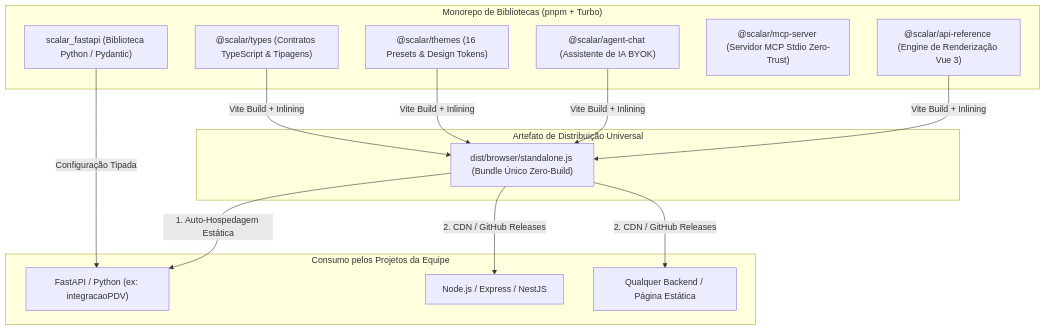
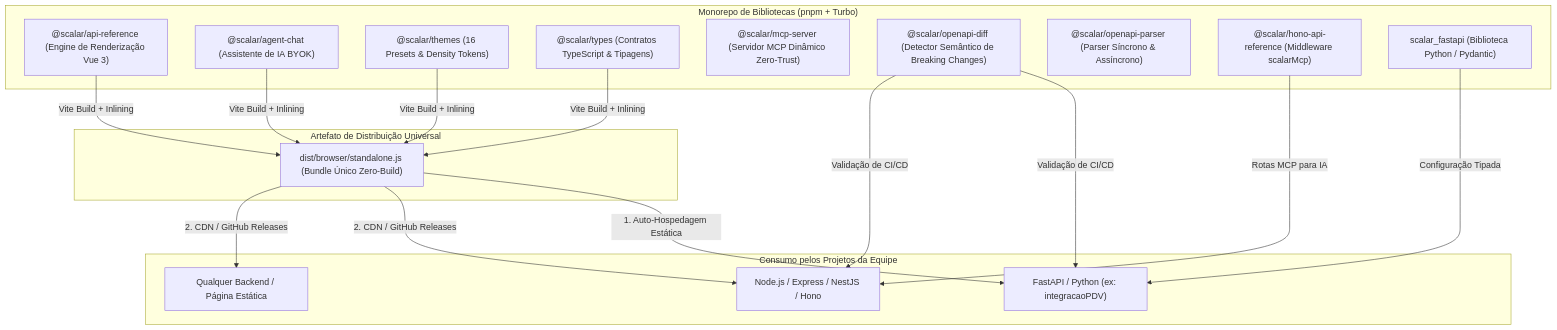
One commit to mat-dgruber/scalar changed the first of 4 diagrams in docs/guides/guia-arquitetura-e-manutencao-scalar-fork.md. Above: the diagram before and after it, drawn with Mermaid. The commit also changed other lines of this file and 6 other files, not shown here.

Commit message:
feat: add package documentation for mcp-server and openapi-diff, and update architecture guides with new density tokens and tools

````diff
--- a/docs/guides/guia-arquitetura-e-manutencao-scalar-fork.md
+++ b/docs/guides/guia-arquitetura-e-manutencao-scalar-fork.md
@@ -22,26 +22,31 @@
 ```mermaid
 graph TD
     subgraph "Monorepo de Bibliotecas (pnpm + Turbo)"
         Core["@scalar/api-reference (Engine de Renderização Vue 3)"]
         Chat["@scalar/agent-chat (Assistente de IA BYOK)"]
-        Themes["@scalar/themes (16 Presets & Design Tokens)"]
+        Themes["@scalar/themes (16 Presets & Density Tokens)"]
         Types["@scalar/types (Contratos TypeScript & Tipagens)"]
-        MCP["@scalar/mcp-server (Servidor MCP Stdio Zero-Trust)"]
+        MCP["@scalar/mcp-server (Servidor MCP Dinâmico Zero-Trust)"]
+        Diff["@scalar/openapi-diff (Detector Semântico de Breaking Changes)"]
+        Parser["@scalar/openapi-parser (Parser Síncrono & Assíncrono)"]
+        HonoMCP["@scalar/hono-api-reference (Middleware scalarMcp)"]
         PyPkg["scalar_fastapi (Biblioteca Python / Pydantic)"]
     end
 
     subgraph "Artefato de Distribuição Universal"
         Standalone["dist/browser/standalone.js (Bundle Único Zero-Build)"]
     end
 
     subgraph "Consumo pelos Projetos da Equipe"
         FastAPI["FastAPI / Python (ex: integracaoPDV)"]
-        NodeJS["Node.js / Express / NestJS"]
+        NodeJS["Node.js / Express / NestJS / Hono"]
         HTML["Qualquer Backend / Página Estática"]
     end
 
     Core & Chat & Themes & Types -->|Vite Build + Inlining| Standalone
     Standalone -->|1. Auto-Hospedagem Estática| FastAPI
     Standalone -->|2. CDN / GitHub Releases| NodeJS & HTML
     PyPkg -->|Configuração Tipada| FastAPI
+    Diff -->|Validação de CI/CD| FastAPI & NodeJS
+    HonoMCP -->|Rotas MCP para IA| NodeJS
 ```
````
